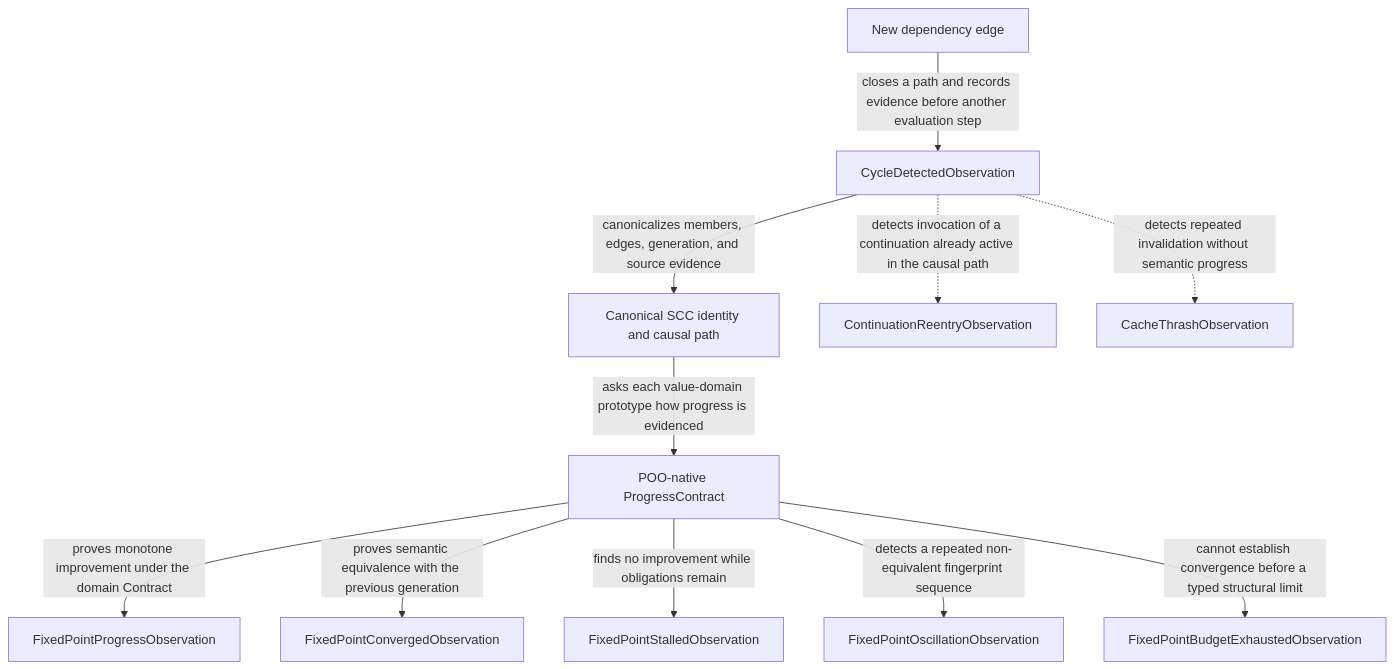
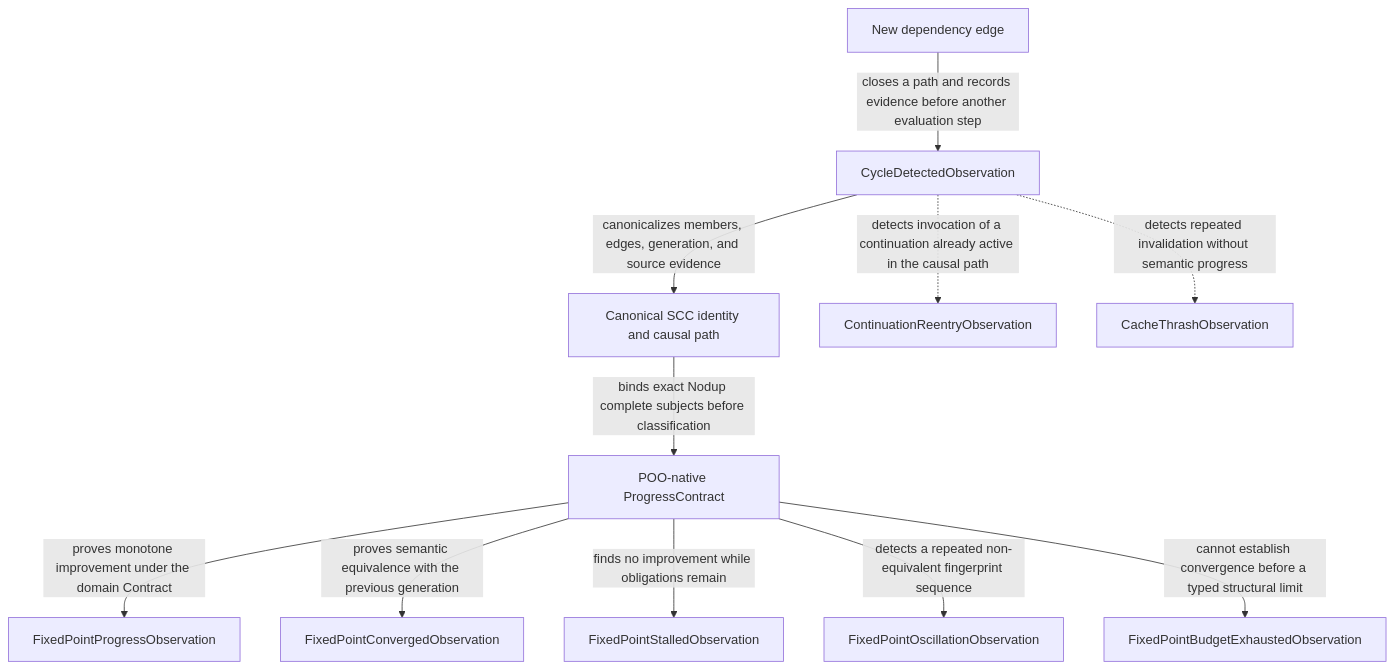
The second of 2 diagrams in docs/10-19-design/10.06-poo-module-system/45-120-21-fixed-point-cycle-progress-budget-and-watchdog-observation.org (tao3k/poo-flow), drawn with Mermaid before and after one commit. The commit also changed other lines of this file and 65 other files, not shown here.

```diff
--- a/docs/10-19-design/10.06-poo-module-system/45-120-21-fixed-point-cycle-progress-budget-and-watchdog-observation.org
+++ b/docs/10-19-design/10.06-poo-module-system/45-120-21-fixed-point-cycle-progress-budget-and-watchdog-observation.org
@@ -39,27 +139,27 @@
 #+begin_src mermaid
 flowchart TD
   Edge["New dependency edge"]
   Cycle["CycleDetectedObservation"]
   SCC["Canonical SCC identity and causal path"]
   Progress["POO-native ProgressContract"]
   Advancing["FixedPointProgressObservation"]
   Converged["FixedPointConvergedObservation"]
   Stalled["FixedPointStalledObservation"]
   Oscillating["FixedPointOscillationObservation"]
   Exhausted["FixedPointBudgetExhaustedObservation"]
   Reentry["ContinuationReentryObservation"]
   Thrashing["CacheThrashObservation"]
 
   Edge -->|"closes a path and records evidence before another evaluation step"| Cycle
   Cycle -->|"canonicalizes members, edges, generation, and source evidence"| SCC
-  SCC -->|"asks each value-domain prototype how progress is evidenced"| Progress
+  SCC -->|"binds exact Nodup complete subjects before classification"| Progress
 
   Progress -->|"proves monotone improvement under the domain Contract"| Advancing
   Progress -->|"proves semantic equivalence with the previous generation"| Converged
   Progress -->|"finds no improvement while obligations remain"| Stalled
   Progress -->|"detects a repeated non-equivalent fingerprint sequence"| Oscillating
   Progress -->|"cannot establish convergence before a typed structural limit"| Exhausted
 
   Cycle -.->|"detects invocation of a continuation already active in the causal path"| Reentry
   Cycle -.->|"detects repeated invalidation without semantic progress"| Thrashing
 #+end_src
```
